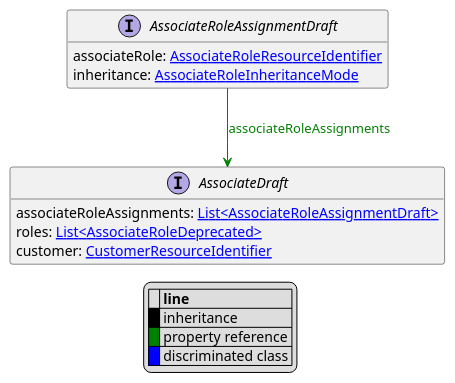
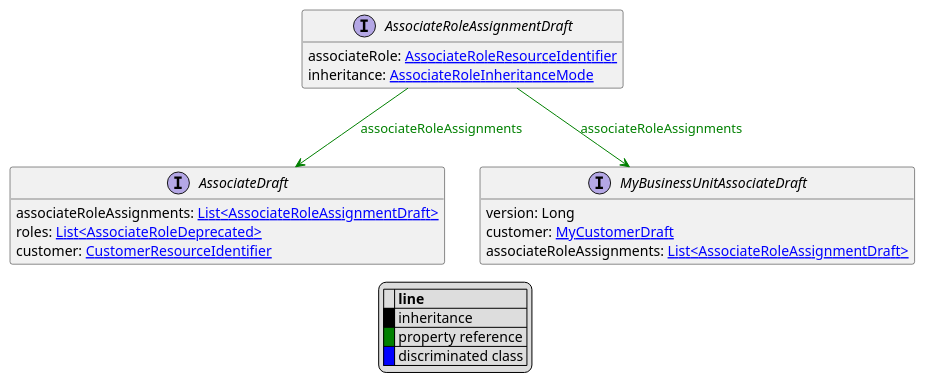
One commit to commercetools/commercetools-api-reference changed the diagram in uml/api/AssociateRoleAssignmentDraft.puml. Above: the diagram before and after it, drawn with PlantUML. The commit also changed 6 other files, not shown here.

```diff
--- a/uml/api/AssociateRoleAssignmentDraft.puml
+++ b/uml/api/AssociateRoleAssignmentDraft.puml
@@ -1,25 +1,31 @@
 @startuml
 
 hide empty fields
 hide empty methods
 legend
 |= |= line |
 |<back:black>   </back>| inheritance |
 |<back:green>   </back>| property reference |
 |<back:blue>   </back>| discriminated class |
 endlegend
 interface AssociateRoleAssignmentDraft [[AssociateRoleAssignmentDraft.svg]]  {
     associateRole: [[AssociateRoleResourceIdentifier.svg AssociateRoleResourceIdentifier]]
     inheritance: [[AssociateRoleInheritanceMode.svg AssociateRoleInheritanceMode]]
 }
 
 
 
 interface AssociateDraft [[AssociateDraft.svg]]  {
     associateRoleAssignments: [[AssociateRoleAssignmentDraft.svg List<AssociateRoleAssignmentDraft>]]
     roles: [[AssociateRoleDeprecated.svg List<AssociateRoleDeprecated>]]
     customer: [[CustomerResourceIdentifier.svg CustomerResourceIdentifier]]
 }
+interface MyBusinessUnitAssociateDraft [[MyBusinessUnitAssociateDraft.svg]]  {
+    version: Long
+    customer: [[MyCustomerDraft.svg MyCustomerDraft]]
+    associateRoleAssignments: [[AssociateRoleAssignmentDraft.svg List<AssociateRoleAssignmentDraft>]]
+}
 
 AssociateRoleAssignmentDraft --> AssociateDraft #green;text:green : "associateRoleAssignments"
+AssociateRoleAssignmentDraft --> MyBusinessUnitAssociateDraft #green;text:green : "associateRoleAssignments"
 @enduml
```
